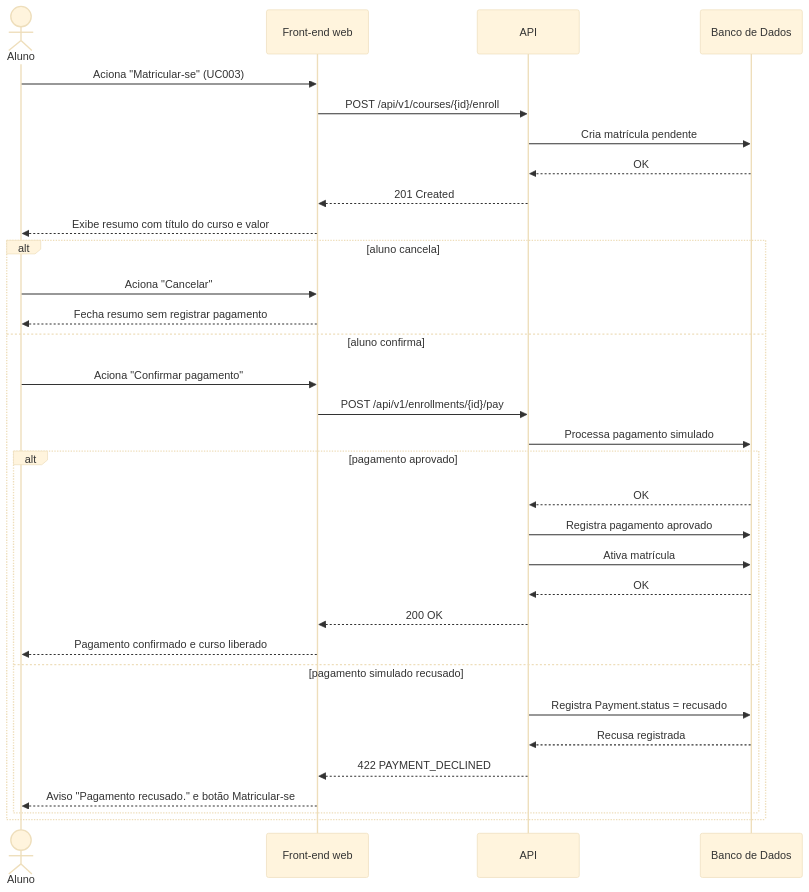
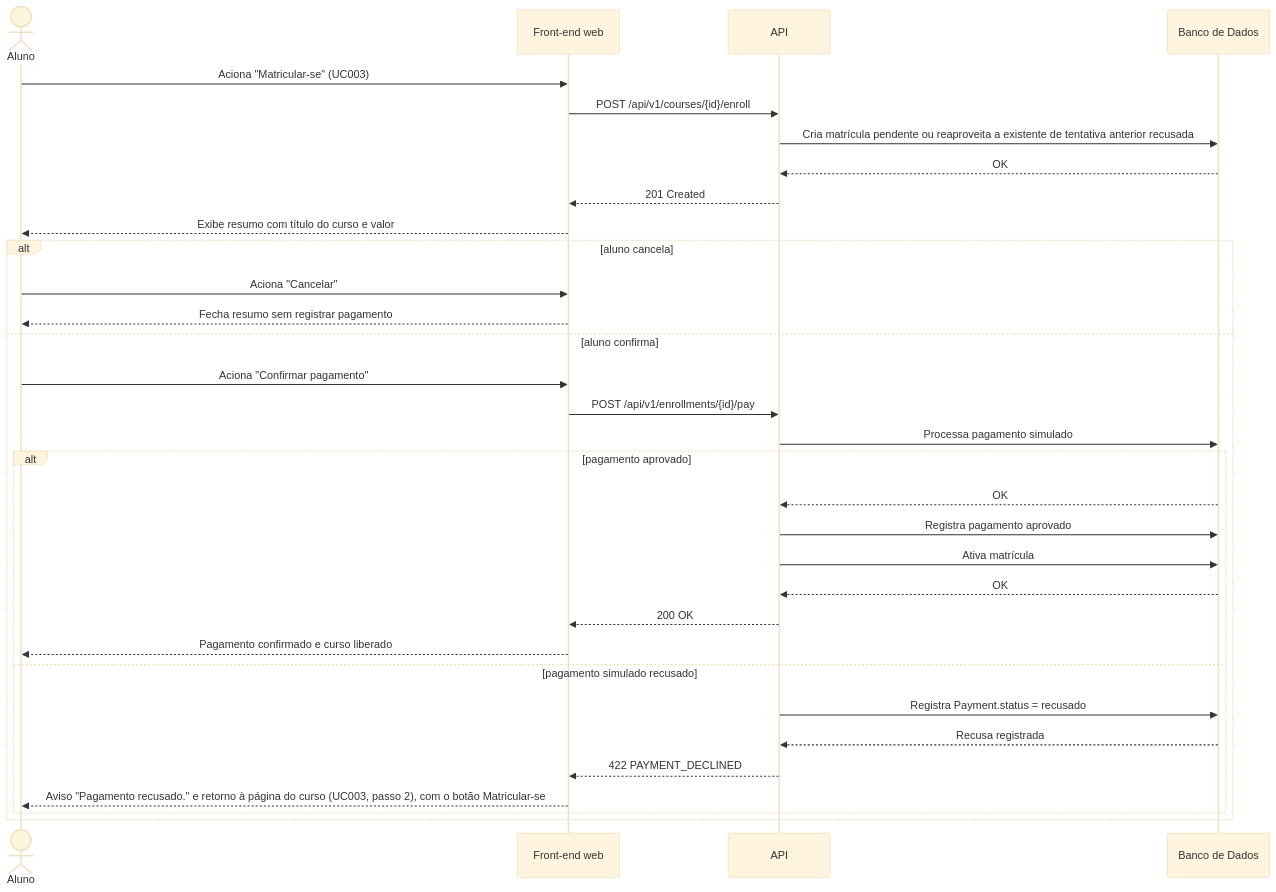
The diagram in docs/ssd/UC019-processar-pagamento-simulado.md (Plataforma-de-Cursos-TCC/plataforma-cursos-docs), drawn with Mermaid (base theme) before and after one commit. The commit also changed 25 other files, not shown here.

````diff
--- a/docs/ssd/UC019-processar-pagamento-simulado.md
+++ b/docs/ssd/UC019-processar-pagamento-simulado.md
@@ -5,35 +5,35 @@
 ```mermaid
 sequenceDiagram
     actor Aluno
     participant FE as Front-end web
     participant API
     participant DB as Banco de Dados
 
     Aluno->>FE: Aciona "Matricular-se" (UC003)
     FE->>API: POST /api/v1/courses/{id}/enroll
-    API->>DB: Cria matrícula pendente
+    API->>DB: Cria matrícula pendente ou reaproveita a existente de tentativa anterior recusada
     DB-->>API: OK
     API-->>FE: 201 Created
     FE-->>Aluno: Exibe resumo com título do curso e valor
     alt aluno cancela
         Aluno->>FE: Aciona "Cancelar"
         FE-->>Aluno: Fecha resumo sem registrar pagamento
     else aluno confirma
         Aluno->>FE: Aciona "Confirmar pagamento"
         FE->>API: POST /api/v1/enrollments/{id}/pay
         API->>DB: Processa pagamento simulado
         alt pagamento aprovado
             DB-->>API: OK
             API->>DB: Registra pagamento aprovado
             API->>DB: Ativa matrícula
             DB-->>API: OK
             API-->>FE: 200 OK
             FE-->>Aluno: Pagamento confirmado e curso liberado
         else pagamento simulado recusado
             API->>DB: Registra Payment.status = recusado
             DB-->>API: Recusa registrada
             API-->>FE: 422 PAYMENT_DECLINED
-            FE-->>Aluno: Aviso "Pagamento recusado." e botão Matricular-se
+            FE-->>Aluno: Aviso "Pagamento recusado." e retorno à página do curso (UC003, passo 2), com o botão Matricular-se
         end
     end
 ```
````
